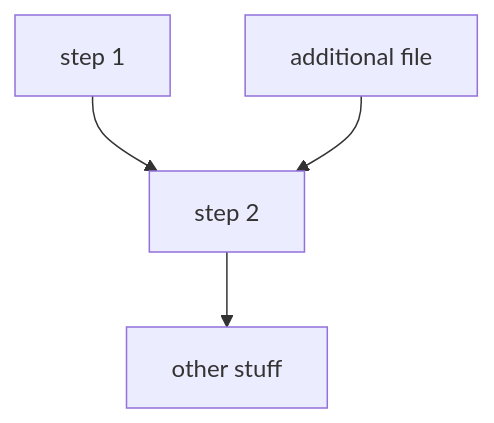
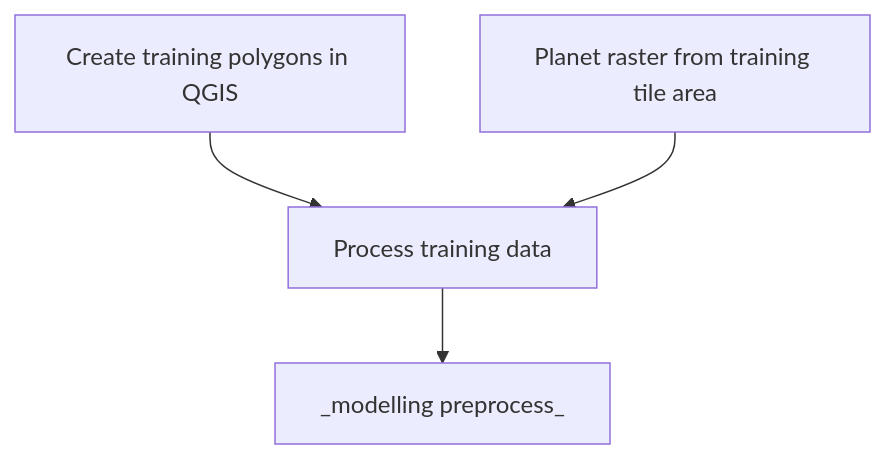
Before and after one commit to datasciencecampus/somalia_census_support_public_application: the diagram in README.md, drawn with Mermaid. The commit also changed other lines of this file, not shown here.

Commit message:
update readme to include new file directories and process for training data

````diff
--- a/README.md
+++ b/README.md
@@ -28,6 +96,6 @@
 ```mermaid
 flowchart TD;
-    A[step 1] --> B[step 2];
-    C[additional file] --> B;
-    B --> D[other stuff]
+    A[Create training polygons in QGIS] --> B[Process training data];
+    C[Planet raster from training tile area] --> B;
+    B --> D[_modelling preprocess_]
 ```
````
